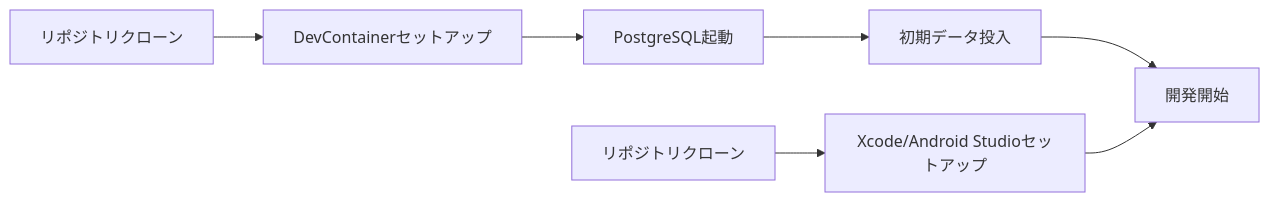
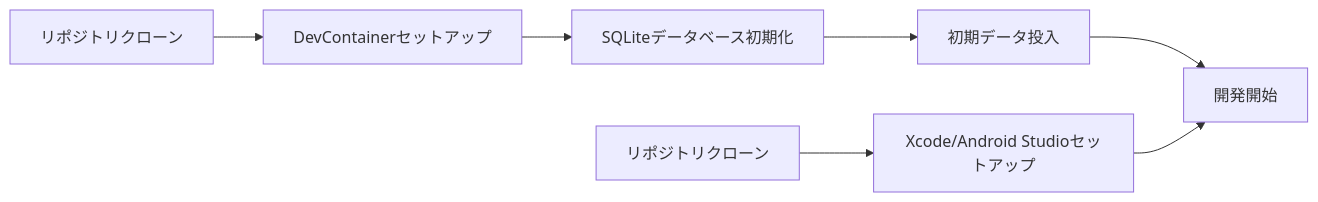
Before and after one commit to Takas0522/ws-demo-mobile-app: the second of 2 diagrams in docs/specs/mobile-app-system/00-overview.md, drawn with Mermaid. The commit also changed other lines of this file and 42 other files, not shown here.

````diff
--- a/docs/specs/mobile-app-system/00-overview.md
+++ b/docs/specs/mobile-app-system/00-overview.md
@@ -278,10 +278,10 @@
 ```mermaid
 graph LR
     A[リポジトリクローン] --> B[DevContainerセットアップ]
-    B --> C[PostgreSQL起動]
+    B --> C[SQLiteデータベース初期化]
     C --> D[初期データ投入]
     D --> E[開発開始]
     
     A2[リポジトリクローン] --> B2[Xcode/Android Studioセットアップ]
     B2 --> E
 ```
````
